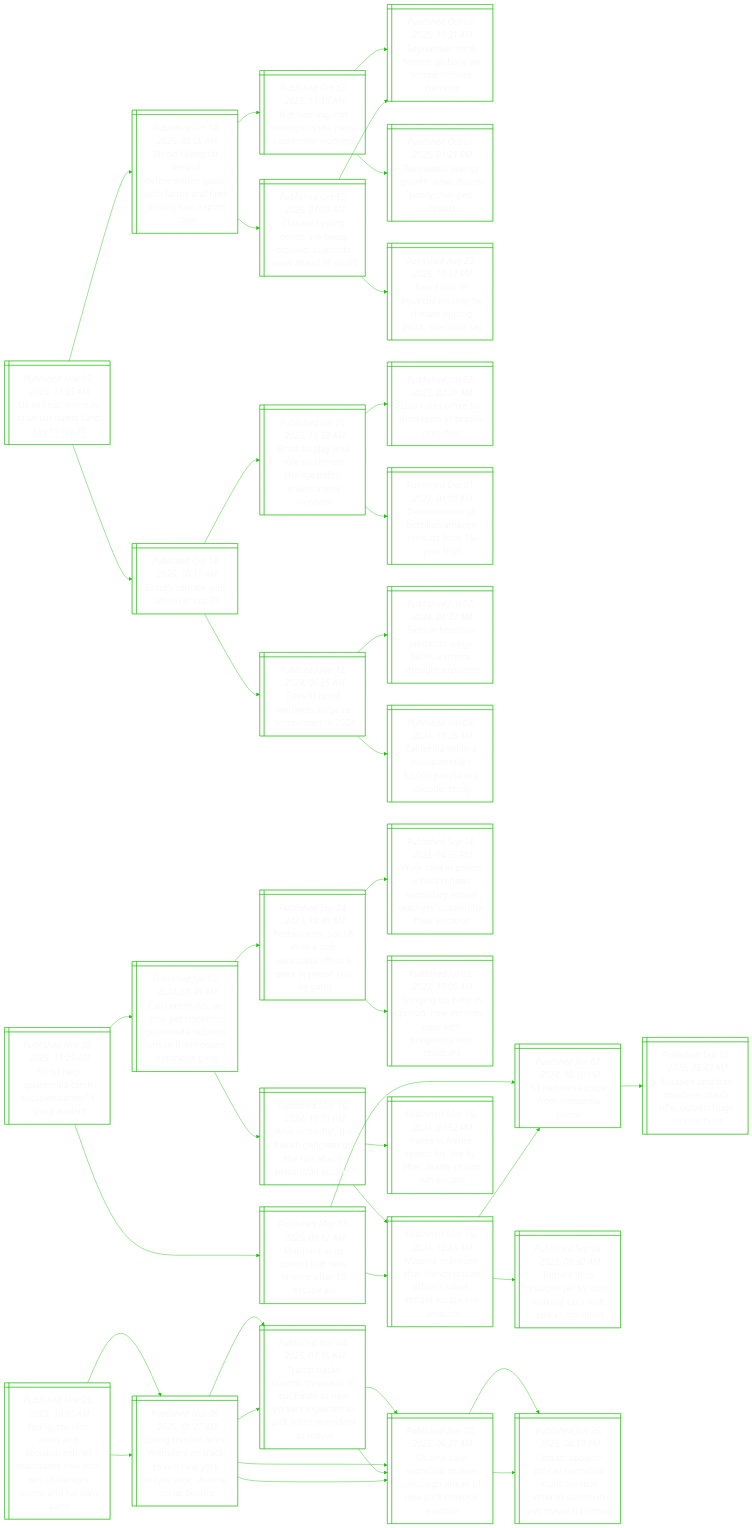
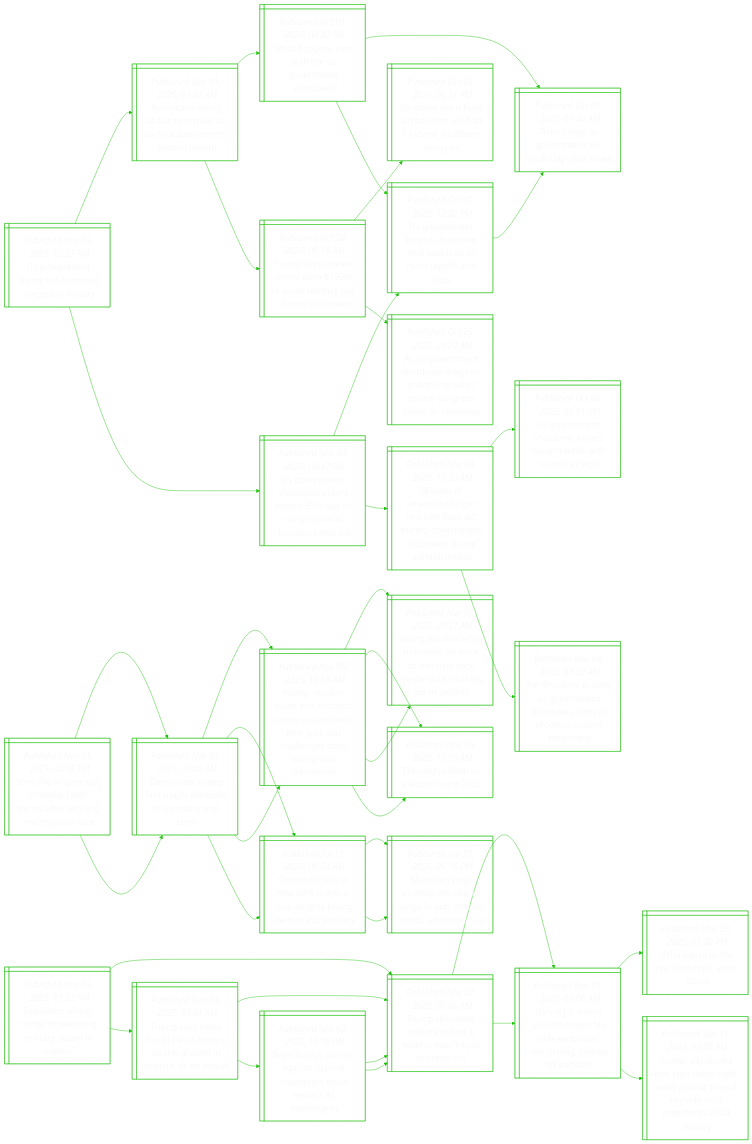
The diagram in README.md (notJmes/notJmes), drawn with Mermaid before and after one commit. The commit also changed other lines of this file, not shown here.

````diff
--- a/README.md
+++ b/README.md
@@ -16,127 +16,121 @@
 flowchart LR
 classDef txtsize font-size:20px;
 
-Ulniznsdo@{ shape: win-pane, label: "_Published Nov 05, 2025, 11:35 AM_
-Uk will not invest in brazilian forest fund key to cop30" }
-Wfnbdrtoirdsisoy@{ shape: win-pane, label: "_Published Oct 14, 2025, 08:05 AM_
-World falling far behind deforestation goals, with farms and fires driving loss, report says" }
-Ntnosager@{ shape: win-pane, label: "_Published Oct 13, 2025, 11:10 AM_
-Not nothing, not enough: is the paris agreement working?" }
-Smhotanrmor@{ shape: win-pane, label: "_Published Oct 09, 2025, 10:31 AM_
-September third-hottest globally on record: climate monitor" }
-Ranghsocne@{ shape: win-pane, label: "_Published Oct 07, 2025, 01:21 PM_
-Renewable energy growth slows due to policy changes: report" }
-Ctpoaiostwhf@{ shape: win-pane, label: "_Published Oct 13, 2025, 07:09 AM_
-Climate tipping points are being crossed, scientists warn ahead of cop30" }
-Rlfriyitnnet@{ shape: win-pane, label: "_Published Aug 20, 2025, 11:17 PM_
-Rapid loss of antarctic ice may be climate tipping point, scientists say" }
-Smhotanrmor@{ shape: win-pane, label: "_Published Oct 09, 2025, 10:31 AM_
-September third-hottest globally on record: climate monitor" }
-BlmieC@{ shape: win-pane, label: "_Published Oct 14, 2025, 10:15 AM_
-Brazil’s climate wins ahead of cop30" }
-Bladomhpyrni@{ shape: win-pane, label: "_Published Jan 05, 2023, 10:50 AM_
-Brazil to play lead role on climate change policy: environment minister" }
-Laffirrsi@{ shape: win-pane, label: "_Published Jan 02, 2023, 02:29 AM_
-Lula takes office for third term as brazil's president" }
-DeiBlmraor@{ shape: win-pane, label: "_Published Dec 01, 2022, 04:04 AM_
-Deforestation of brazilian amazon retreats from 15-year high" }
-Fiztsectn@{ shape: win-pane, label: "_Published Jun 12, 2024, 06:25 AM_
-Fires in brazil wetlands surge to record start in 2024" }
-Fiznauxegpd@{ shape: win-pane, label: "_Published Jun 07, 2024, 04:32 AM_
-Fires in brazilian wetlands surge 980%, extreme drought expected" }
-Cowilolonau@{ shape: win-pane, label: "_Published Jun 09, 2024, 11:35 AM_
-California wildfire pollution killed 52,000 people in a decade: study" }
+Uentbegno@{ shape: win-pane, label: "_Published Nov 05, 2025, 02:27 PM_
+Us government shutdown becomes longest in history" }
+AcobeaSdnsdh@{ shape: win-pane, label: "_Published Nov 01, 2025, 01:34 AM_
+Americans worry about next meal as us shutdown enters second month" }
+Waswhomhw@{ shape: win-pane, label: "_Published Oct 01, 2025, 04:42 PM_
+What happens next with the us government shutdown?" }
+TsSrtpbun@{ shape: win-pane, label: "_Published Oct 01, 2025, 01:49 AM_
+Trump says us government will ‘probably’ shut down" }
+Ueniunmaayat@{ shape: win-pane, label: "_Published Oct 01, 2025, 12:02 PM_
+Us government begins shutdown that may lead to mass layoffs and cuts" }
+Tsrermvlyuso@{ shape: win-pane, label: "_Published Oct 24, 2025, 06:18 AM_
+Trump says private donor gave $160m to cover military pay during shutdown" }
+Utrdetliehwg@{ shape: win-pane, label: "_Published Oct 23, 2025, 06:31 PM_
+Us states warn food aid benefits will halt if federal shutdown drags on" }
+Aomhwgnmeegcilc@{ shape: win-pane, label: "_Published Oct 23, 2025, 08:20 AM_
+As us government shutdown drags on and trump takes power, congress cedes its relevance" }
+Uentesraosactt@{ shape: win-pane, label: "_Published Nov 04, 2025, 08:47 PM_
+Us government shutdown enters record 35th day as congressional inaction takes toll" }
+Ueniunmaayat@{ shape: win-pane, label: "_Published Oct 01, 2025, 12:02 PM_
+Us government begins shutdown that may lead to mass layoffs and cuts" }
+TsSrtpbun@{ shape: win-pane, label: "_Published Oct 01, 2025, 01:49 AM_
+Trump says us government will ‘probably’ shut down" }
+MoAcoedaromhwmirn@{ shape: win-pane, label: "_Published Nov 04, 2025, 10:30 AM_
+Millions of americans to get reduced food aid during government shutdown: trump administration" }
+Uentesnknih@{ shape: win-pane, label: "_Published Oct 06, 2025, 09:01 PM_
+Us government shutdown enters second week with no end in sight" }
+Frmognsonpewei@{ shape: win-pane, label: "_Published Nov 04, 2025, 08:32 AM_
+For first time in long us government shutdown, hints of progress toward reopening" }
 
-Ulniznsdo:::txtsize --> Wfnbdrtoirdsisoy:::txtsize
-Wfnbdrtoirdsisoy:::txtsize --> Ntnosager:::txtsize
-Ntnosager:::txtsize --> Smhotanrmor:::txtsize
-Ntnosager:::txtsize --> Ranghsocne:::txtsize
-Wfnbdrtoirdsisoy:::txtsize --> Ctpoaiostwhf:::txtsize
-Ctpoaiostwhf:::txtsize --> Rlfriyitnnet:::txtsize
-Ctpoaiostwhf:::txtsize --> Smhotanrmor:::txtsize
-Ulniznsdo:::txtsize --> BlmieC:::txtsize
-BlmieC:::txtsize --> Bladomhpyrni:::txtsize
-Bladomhpyrni:::txtsize --> Laffirrsi:::txtsize
-Bladomhpyrni:::txtsize --> DeiBlmraor:::txtsize
-BlmieC:::txtsize --> Fiztsectn:::txtsize
-Fiztsectn:::txtsize --> Fiznauxegpd:::txtsize
-Fiztsectn:::txtsize --> Cowilolonau:::txtsize
+Uentbegno:::txtsize --> AcobeaSdnsdh:::txtsize
+AcobeaSdnsdh:::txtsize --> Waswhomhw:::txtsize
+Waswhomhw:::txtsize --> TsSrtpbun:::txtsize
+Waswhomhw:::txtsize --> Ueniunmaayat:::txtsize
+AcobeaSdnsdh:::txtsize --> Tsrermvlyuso:::txtsize
+Tsrermvlyuso:::txtsize --> Utrdetliehwg:::txtsize
+Tsrermvlyuso:::txtsize --> Aomhwgnmeegcilc:::txtsize
+Uentbegno:::txtsize --> Uentesraosactt:::txtsize
+Uentesraosactt:::txtsize --> Ueniunmaayat:::txtsize
+Ueniunmaayat:::txtsize --> TsSrtpbun:::txtsize
+Uentesraosactt:::txtsize --> MoAcoedaromhwmirn:::txtsize
+MoAcoedaromhwmirn:::txtsize --> Uentesnknih:::txtsize
+MoAcoedaromhwmirn:::txtsize --> Frmognsonpewei:::txtsize
 
-FhuatcBolr@{ shape: win-pane, label: "_Published Nov 05, 2025, 11:25 AM_
-Fbi to help guatemala catch escaped barrio 18 gang leaders" }
-CeTrecGmemsastug@{ shape: win-pane, label: "_Published Jun 03, 2024, 08:40 AM_
-Call centre, tvs, air-con, pet chickens: guatemala reclaims prison that housed notorious gang" }
-Ruseznleepny@{ shape: win-pane, label: "_Published Sep 24, 2023, 10:40 AM_
-Restaurants, pool & even a zoo: venezuela offers a peek at prison run by gang" }
-Wtnooneahersoia@{ shape: win-pane, label: "_Published Sep 14, 2023, 04:35 PM_
-Work stint in prison school renews secondary school teachers’ passion for their vocation" }
-Bibnoieepanle@{ shape: win-pane, label: "_Published Jul 08, 2023, 10:00 AM_
-Bringing up baby in prison: how inmates cope with pregnancy and childcare" }
-WTyrgttnrsnu@{ shape: win-pane, label: "_Published May 15, 2024, 10:13 PM_
-Who is 'the fly', the french gangster on the run after a prison van assault?" }
-Mvhfrpnciiepah@{ shape: win-pane, label: "_Published May 15, 2024, 12:45 AM_
-Massive manhunt after french prison officers killed, inmate escapes in ambush" }
-Peaefefepns@{ shape: win-pane, label: "_Published May 15, 2024, 07:52 PM_
-Police in france search for 'the fly' after deadly prison van escape" }
-MnSibrsrpl@{ shape: win-pane, label: "_Published May 17, 2025, 09:12 AM_
-Manhunt in us tourist hub new orleans after 10 escape jail" }
-ieaooao@{ shape: win-pane, label: "_Published Jan 07, 2024, 10:10 PM_
-53 inmates escape from indonesia prison" }
-Eeznetroten@{ shape: win-pane, label: "_Published Sep 13, 2023, 05:48 AM_
-Escaped brazilian murderer steals rifle, outwits huge us manhunt" }
-Mvhfrpnciiepah@{ shape: win-pane, label: "_Published May 15, 2024, 12:45 AM_
-Massive manhunt after french prison officers killed, inmate escapes in ambush" }
-ieaooao@{ shape: win-pane, label: "_Published Jan 07, 2024, 10:10 PM_
-53 inmates escape from indonesia prison" }
-Ieeelakplkh@{ shape: win-pane, label: "_Published Sep 08, 2023, 09:50 AM_
-Inmate in us escapes jail by ‘crab-walking’ up a wall, sparks manhunt" }
-
-FhuatcBolr:::txtsize --> CeTrecGmemsastug:::txtsize
-CeTrecGmemsastug:::txtsize --> Ruseznleepny:::txtsize
-Ruseznleepny:::txtsize --> Wtnooneahersoia:::txtsize
-Ruseznleepny:::txtsize --> Bibnoieepanle:::txtsize
-CeTrecGmemsastug:::txtsize --> WTyrgttnrsnu:::txtsize
-WTyrgttnrsnu:::txtsize --> Mvhfrpnciiepah:::txtsize
-WTyrgttnrsnu:::txtsize --> Peaefefepns:::txtsize
-FhuatcBolr:::txtsize --> MnSibrsrpl:::txtsize
-MnSibrsrpl:::txtsize --> ieaooao:::txtsize
-ieaooao:::txtsize --> Eeznetroten:::txtsize
-MnSibrsrpl:::txtsize --> Mvhfrpnciiepah:::txtsize
-Mvhfrpnciiepah:::txtsize --> ieaooao:::txtsize
-Mvhfrpnciiepah:::txtsize --> Ieeelakplkh:::txtsize
-
-YMmnoihaiYilemhny@{ shape: win-pane, label: "_Published Nov 05, 2025, 10:55 AM_
-Young, muslim, asian and socialist: zohran mamdani’s new york win challenges trump and his own party" }
+ThuMnlmenYoa@{ shape: win-pane, label: "_Published Nov 05, 2025, 02:15 PM_
+‘turn the volume up’, mamdani tells trump after winning nyc mayoral race" }
+Drwialosdp@{ shape: win-pane, label: "_Published Nov 05, 2025, 09:46 AM_
+Democrats sweep first major elections of second trump term" }
+YMmnoihaiYilehpea@{ shape: win-pane, label: "_Published Nov 05, 2025, 10:55 AM_
+Young, muslim, asian and socialist: zohran mamdani’s new york win challenges both trump and democrats" }
 YMmimociYaoauoc@{ shape: win-pane, label: "_Published Nov 05, 2025, 01:27 AM_
 Young muslim leftist mamdani on track to win new york mayor vote, shaking up us politics" }
-TbCttousoscolsdsr@{ shape: win-pane, label: "_Published Nov 04, 2025, 07:15 AM_
-Trump backs cuomo, threatens to cut funds as new yorkers expected to pick leftist mamdani as mayor" }
-OcMniagaekren@{ shape: win-pane, label: "_Published Nov 02, 2025, 06:21 AM_
-Obama calls mamdani, praises campaign ahead of new york mayoral election" }
-OcMniagaekren@{ shape: win-pane, label: "_Published Nov 02, 2025, 06:21 AM_
-Obama calls mamdani, praises campaign ahead of new york mayoral election" }
-UritadtoctCimam@{ shape: win-pane, label: "_Published Jun 25, 2025, 04:10 PM_
-Upstart socialist zohran mamdani stuns political veteran cuomo in nyc mayoral primary" }
+Twreig@{ shape: win-pane, label: "_Published Nov 05, 2025, 10:50 AM_
+Takeaways from us election night 2025" }
+Ctywmaeiseary@{ shape: win-pane, label: "_Published Jul 15, 2025, 06:24 AM_
+Cuomo to stay in new york mayoral race despite losing democratic primary" }
+MnCankgnsodty@{ shape: win-pane, label: "_Published Jun 27, 2025, 06:16 PM_
+Mamdani’s nyc primary win sparks surge in anti-muslim posts, advocates say" }
+Drwialosdp@{ shape: win-pane, label: "_Published Nov 05, 2025, 09:46 AM_
+Democrats sweep first major elections of second trump term" }
+YMmnoihaiYilehpea@{ shape: win-pane, label: "_Published Nov 05, 2025, 10:55 AM_
+Young, muslim, asian and socialist: zohran mamdani’s new york win challenges both trump and democrats" }
 YMmimociYaoauoc@{ shape: win-pane, label: "_Published Nov 05, 2025, 01:27 AM_
 Young muslim leftist mamdani on track to win new york mayor vote, shaking up us politics" }
-TbCttousoscolsdsr@{ shape: win-pane, label: "_Published Nov 04, 2025, 07:15 AM_
-Trump backs cuomo, threatens to cut funds as new yorkers expected to pick leftist mamdani as mayor" }
-OcMniagaekren@{ shape: win-pane, label: "_Published Nov 02, 2025, 06:21 AM_
-Obama calls mamdani, praises campaign ahead of new york mayoral election" }
-OcMniagaekren@{ shape: win-pane, label: "_Published Nov 02, 2025, 06:21 AM_
-Obama calls mamdani, praises campaign ahead of new york mayoral election" }
-UritadtoctCimam@{ shape: win-pane, label: "_Published Jun 25, 2025, 04:10 PM_
-Upstart socialist zohran mamdani stuns political veteran cuomo in nyc mayoral primary" }
+Twreig@{ shape: win-pane, label: "_Published Nov 05, 2025, 10:50 AM_
+Takeaways from us election night 2025" }
+Ctywmaeiseary@{ shape: win-pane, label: "_Published Jul 15, 2025, 06:24 AM_
+Cuomo to stay in new york mayoral race despite losing democratic primary" }
+MnCankgnsodty@{ shape: win-pane, label: "_Published Jun 27, 2025, 06:16 PM_
+Mamdani’s nyc primary win sparks surge in anti-muslim posts, advocates say" }
 
-YMmnoihaiYilemhny:::txtsize --> YMmimociYaoauoc:::txtsize
-YMmimociYaoauoc:::txtsize --> TbCttousoscolsdsr:::txtsize
-TbCttousoscolsdsr:::txtsize --> OcMniagaekren:::txtsize
-YMmimociYaoauoc:::txtsize --> OcMniagaekren:::txtsize
-OcMniagaekren:::txtsize --> UritadtoctCimam:::txtsize
-YMmnoihaiYilemhny:::txtsize --> YMmimociYaoauoc:::txtsize
-YMmimociYaoauoc:::txtsize --> TbCttousoscolsdsr:::txtsize
-TbCttousoscolsdsr:::txtsize --> OcMniagaekren:::txtsize
-YMmimociYaoauoc:::txtsize --> OcMniagaekren:::txtsize
-OcMniagaekren:::txtsize --> UritadtoctCimam:::txtsize
+ThuMnlmenYoa:::txtsize --> Drwialosdp:::txtsize
+Drwialosdp:::txtsize --> YMmnoihaiYilehpea:::txtsize
+YMmnoihaiYilehpea:::txtsize --> YMmimociYaoauoc:::txtsize
+YMmnoihaiYilehpea:::txtsize --> Twreig:::txtsize
+Drwialosdp:::txtsize --> Ctywmaeiseary:::txtsize
+Ctywmaeiseary:::txtsize --> MnCankgnsodty:::txtsize
+ThuMnlmenYoa:::txtsize --> Drwialosdp:::txtsize
+Drwialosdp:::txtsize --> YMmnoihaiYilehpea:::txtsize
+YMmnoihaiYilehpea:::txtsize --> YMmimociYaoauoc:::txtsize
+YMmnoihaiYilehpea:::txtsize --> Twreig:::txtsize
+Drwialosdp:::txtsize --> Ctywmaeiseary:::txtsize
+Ctywmaeiseary:::txtsize --> MnCankgnsodty:::txtsize
+
+Eihrhematnr@{ shape: win-pane, label: "_Published Nov 05, 2025, 01:32 PM_
+Explainer: why is trump threatening military action in nigeria?" }
+TttiriNiriCt@{ shape: win-pane, label: "_Published Nov 02, 2025, 05:56 AM_
+Trump threatens military action in nigeria over ‘killing of christians’" }
+UDehewmeinegas@{ shape: win-pane, label: "_Published Nov 01, 2025, 09:00 AM_
+Us v-p j.d. vance says he hopes his wife embraces christianity, setting off backlash" }
+UanyrAcm@{ shape: win-pane, label: "_Published Mar 28, 2025, 01:30 PM_
+Usha vance in the eye of trump’s arctic storm" }
+TahesegnipdoUstt@{ shape: win-pane, label: "_Published Sep 11, 2025, 03:07 AM_
+Trump ally charlie kirk shot dead; right-wing activist played key role in us president’s 2024 victory" }
+Tshoeonrierts@{ shape: win-pane, label: "_Published Nov 03, 2025, 07:41 AM_
+Trump says there ‘could be’ us troops on the ground in nigeria, or air strikes" }
+TttiriNiriCt@{ shape: win-pane, label: "_Published Nov 02, 2025, 05:56 AM_
+Trump threatens military action in nigeria over ‘killing of christians’" }
+UDehewmeinegas@{ shape: win-pane, label: "_Published Nov 01, 2025, 09:00 AM_
+Us v-p j.d. vance says he hopes his wife embraces christianity, setting off backlash" }
+Nislissuttesrt@{ shape: win-pane, label: "_Published Nov 02, 2025, 10:16 PM_
+Nigeria says us help against islamist insurgents must respect its sovereignty" }
+TttiriNiriCt@{ shape: win-pane, label: "_Published Nov 02, 2025, 05:56 AM_
+Trump threatens military action in nigeria over ‘killing of christians’" }
+TttiriNiriCt@{ shape: win-pane, label: "_Published Nov 02, 2025, 05:56 AM_
+Trump threatens military action in nigeria over ‘killing of christians’" }
+
+Eihrhematnr:::txtsize --> TttiriNiriCt:::txtsize
+TttiriNiriCt:::txtsize --> UDehewmeinegas:::txtsize
+UDehewmeinegas:::txtsize --> UanyrAcm:::txtsize
+UDehewmeinegas:::txtsize --> TahesegnipdoUstt:::txtsize
+Eihrhematnr:::txtsize --> Tshoeonrierts:::txtsize
+Tshoeonrierts:::txtsize --> TttiriNiriCt:::txtsize
+TttiriNiriCt:::txtsize --> UDehewmeinegas:::txtsize
+Tshoeonrierts:::txtsize --> Nislissuttesrt:::txtsize
+Nislissuttesrt:::txtsize --> TttiriNiriCt:::txtsize
+Nislissuttesrt:::txtsize --> TttiriNiriCt:::txtsize
 
 ```
````
